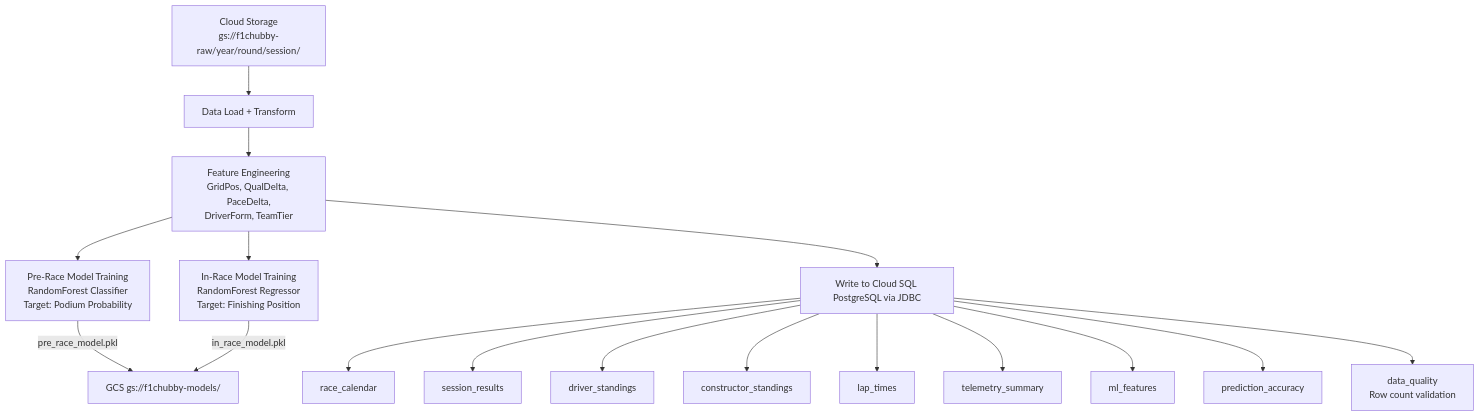
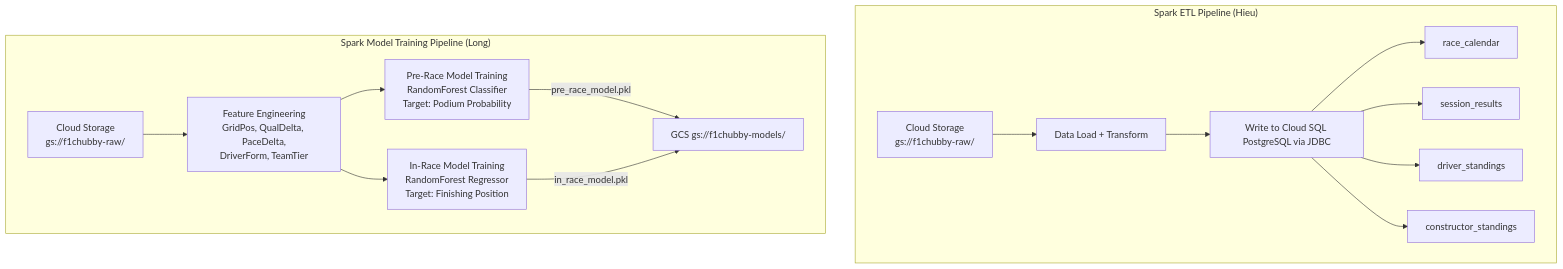
The second of 11 diagrams in revised_plan.md (nmk-k66-uet/F1-Chubby-Data), drawn with Mermaid before and after one commit. The commit also changed other lines of this file and 2 other files, not shown here.

Commit message:
change: update team assignment 21apr

````diff
--- a/revised_plan.md
+++ b/revised_plan.md
@@ -68,19 +69,19 @@
 ```mermaid
 flowchart TD
-    GCS[Cloud Storage<br/>gs://f1chubby-raw/year/round/session/] --> LOAD[Data Load + Transform]
-    LOAD --> FEAT[Feature Engineering<br/>GridPos, QualDelta, PaceDelta,<br/>DriverForm, TeamTier]
-    FEAT --> PRE_MODEL[Pre-Race Model Training<br/>RandomForest Classifier<br/>Target: Podium Probability]
-    FEAT --> IN_MODEL[In-Race Model Training<br/>RandomForest Regressor<br/>Target: Finishing Position]
-    PRE_MODEL -->|pre_race_model.pkl| GCS_OUT[GCS gs://f1chubby-models/]
-    IN_MODEL -->|in_race_model.pkl| GCS_OUT
-    FEAT --> PG_WRITE[Write to Cloud SQL PostgreSQL via JDBC]
-    PG_WRITE --> T1[race_calendar]
-    PG_WRITE --> T2[session_results]
-    PG_WRITE --> T3[driver_standings]
-    PG_WRITE --> T4[constructor_standings]
-    PG_WRITE --> T5[lap_times]
-    PG_WRITE --> T6[telemetry_summary]
-    PG_WRITE --> T7[ml_features]
-    PG_WRITE --> T8[prediction_accuracy]
-    PG_WRITE --> DQ[data_quality<br/>Row count validation]
+    subgraph ETL ["Spark ETL Pipeline (Hieu)"]
+        GCS_E[Cloud Storage<br/>gs://f1chubby-raw/] --> LOAD[Data Load + Transform]
+        LOAD --> PG_WRITE[Write to Cloud SQL PostgreSQL via JDBC]
+        PG_WRITE --> T1[race_calendar]
+        PG_WRITE --> T2[session_results]
+        PG_WRITE --> T3[driver_standings]
+        PG_WRITE --> T4[constructor_standings]
+    end
+
+    subgraph TRAIN ["Spark Model Training Pipeline (Long)"]
+        GCS_T[Cloud Storage<br/>gs://f1chubby-raw/] --> FEAT[Feature Engineering<br/>GridPos, QualDelta, PaceDelta,<br/>DriverForm, TeamTier]
+        FEAT --> PRE_MODEL[Pre-Race Model Training<br/>RandomForest Classifier<br/>Target: Podium Probability]
+        FEAT --> IN_MODEL[In-Race Model Training<br/>RandomForest Regressor<br/>Target: Finishing Position]
+        PRE_MODEL -->|pre_race_model.pkl| GCS_OUT[GCS gs://f1chubby-models/]
+        IN_MODEL -->|in_race_model.pkl| GCS_OUT
+    end
 ```
````
